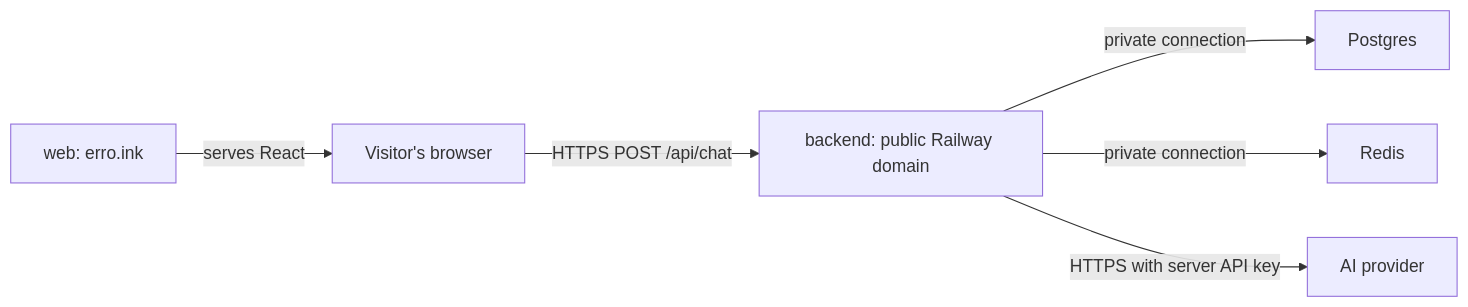
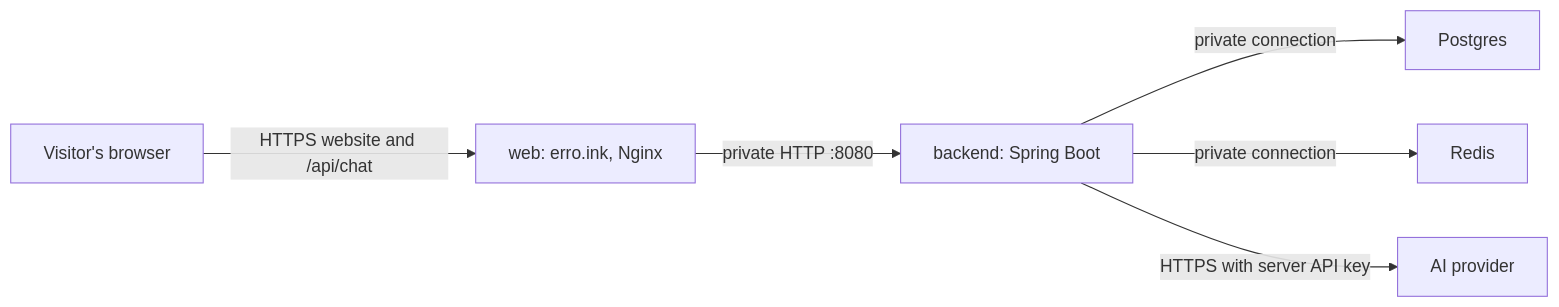
The diagram in docs/railway.md (blueye51/Erro), drawn with Mermaid before and after one commit. The commit also changed other lines of this file and 22 other files, not shown here.

Commit message:
Serve web through Nginx with private API proxy and DeepSeek configuration

````diff
--- a/docs/railway.md
+++ b/docs/railway.md
@@ -12,8 +12,8 @@
 ```mermaid
 flowchart LR
-    W[web: erro.ink] -->|serves React| B[Visitor's browser]
-    B -->|HTTPS POST /api/chat| A[backend: public Railway domain]
+    B[Visitor's browser] -->|HTTPS website and /api/chat| W[web: erro.ink, Nginx]
+    W -->|private HTTP :8080| A[backend: Spring Boot]
     A -->|private connection| P[Postgres]
     A -->|private connection| R[Redis]
     A -->|HTTPS with server API key| AI[AI provider]
 ```
````
